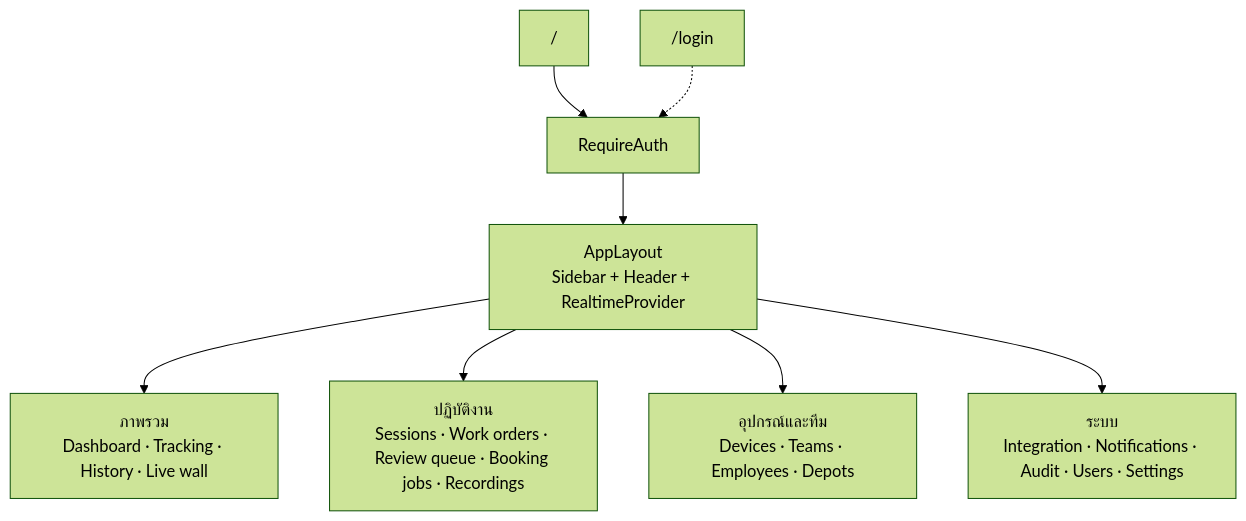
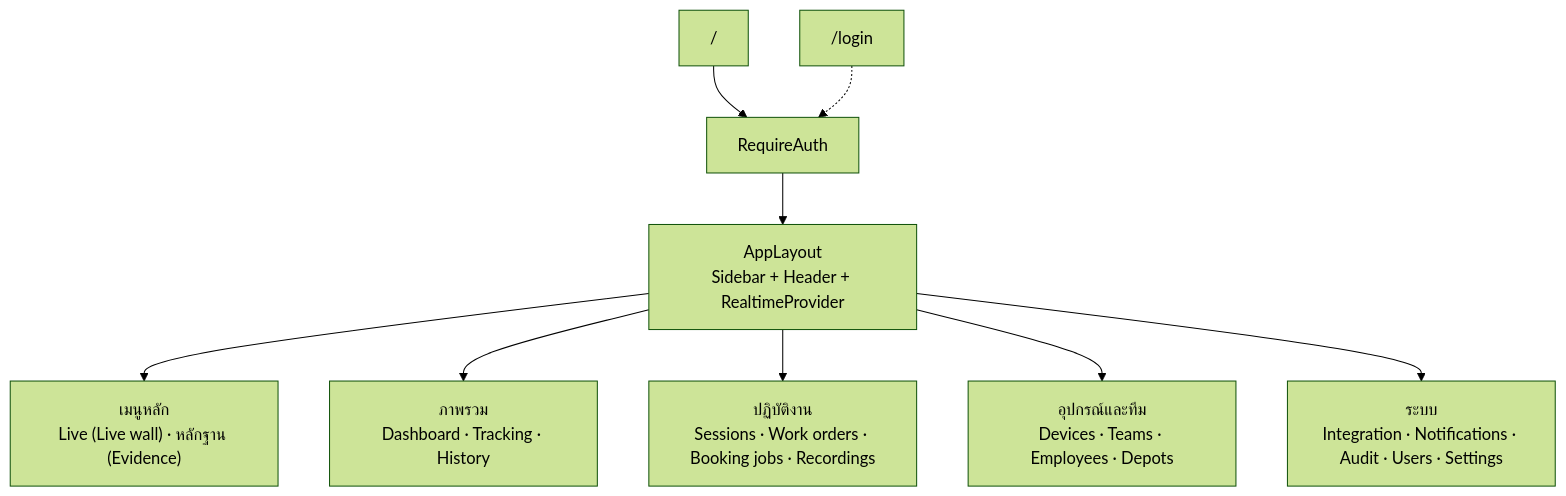
The diagram in docs/blueprint/06-frontend-architecture.md (b-werayut/psd-bodycam-v1.0), drawn with Mermaid (forest theme) before and after one commit. The commit also changed other lines of this file and 304 other files, not shown here.

````diff
--- a/docs/blueprint/06-frontend-architecture.md
+++ b/docs/blueprint/06-frontend-architecture.md
@@ -110,10 +114,11 @@
 ```mermaid
 flowchart TB
   ROOT["/"] --> AUTH["RequireAuth"]
   AUTH --> SHELL["AppLayout<br/>Sidebar + Header + RealtimeProvider"]
-  SHELL --> OV["ภาพรวม<br/>Dashboard · Tracking · History · Live wall"]
-  SHELL --> OPS["ปฏิบัติงาน<br/>Sessions · Work orders · Review queue · Booking jobs · Recordings"]
+  SHELL --> MAIN["เมนูหลัก<br/>Live (Live wall) · หลักฐาน (Evidence)"]
+  SHELL --> OV["ภาพรวม<br/>Dashboard · Tracking · History"]
+  SHELL --> OPS["ปฏิบัติงาน<br/>Sessions · Work orders · Booking jobs · Recordings"]
   SHELL --> AST["อุปกรณ์และทีม<br/>Devices · Teams · Employees · Depots"]
   SHELL --> SYS["ระบบ<br/>Integration · Notifications · Audit · Users · Settings"]
   LOGIN["/login"] -.-> AUTH
 ```
````
